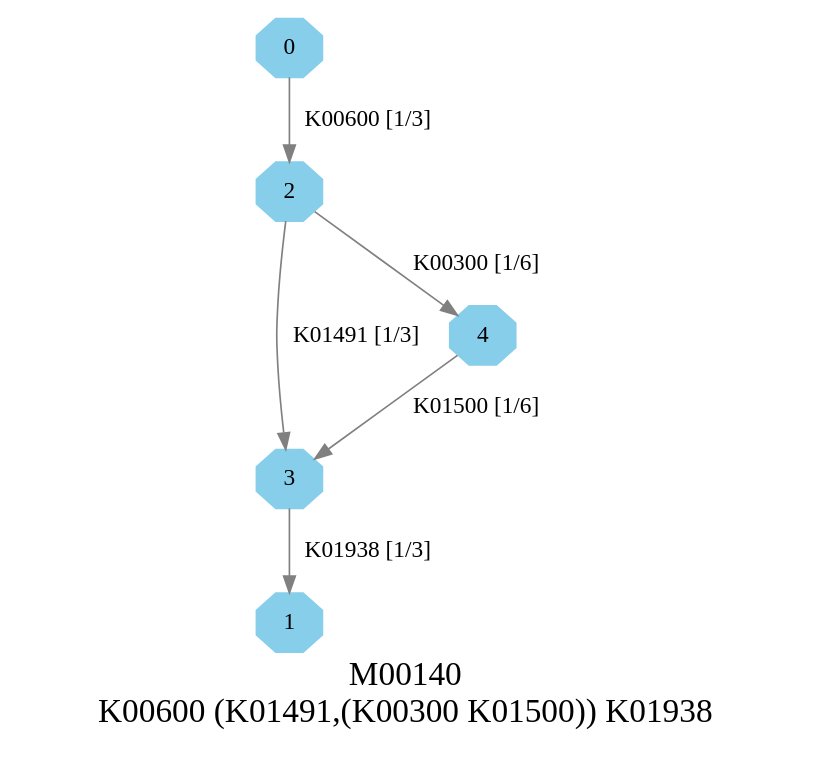
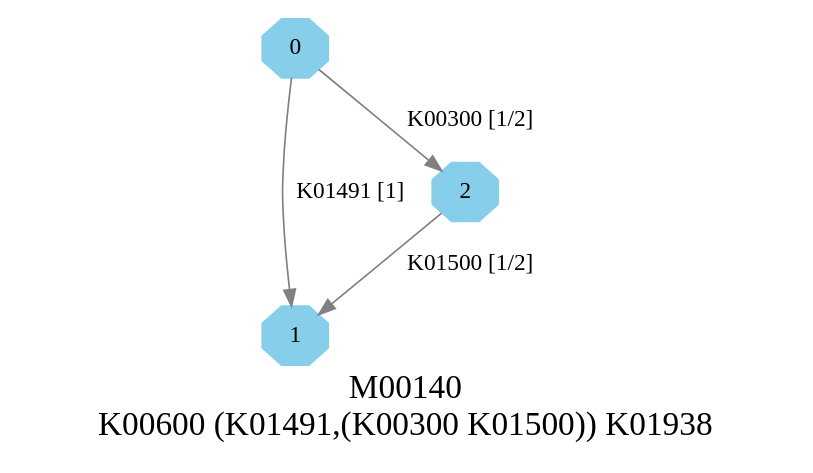
One commit to EBI-Metagenomics/kegg-pathways-completeness-tool changed the diagram in kegg_pathways_completeness/graphs/dots/M00140.dot. Above: the diagram before and after it, drawn with Graphviz. The commit also changed 587 other files, not shown here.

```diff
--- a/kegg_pathways_completeness/graphs/dots/M00140.dot
+++ b/kegg_pathways_completeness/graphs/dots/M00140.dot
@@ -1,12 +1,10 @@
 digraph G {
 graph [label="M00140
 K00600 (K01491,(K00300 K01500)) K01938",fontsize=20];
 node [shape=box,style=filled];
 edge [len=3,color=grey];
-{node [width=.3,height=.3,shape=octagon,style=filled,color=skyblue] 0 1 2 3 4 }
-0 -> 2 [label="K00600 [1/3]"];
-2 -> 3 [label="K01491 [1/3]"];
-2 -> 4 [label="K00300 [1/6]"];
-3 -> 1 [label="K01938 [1/3]"];
-4 -> 3 [label="K01500 [1/6]"];
+{node [width=.3,height=.3,shape=octagon,style=filled,color=skyblue] 0 1 2 }
+0 -> 1 [label="K01491 [1]"];
+0 -> 2 [label="K00300 [1/2]"];
+2 -> 1 [label="K01500 [1/2]"];
 }
```
